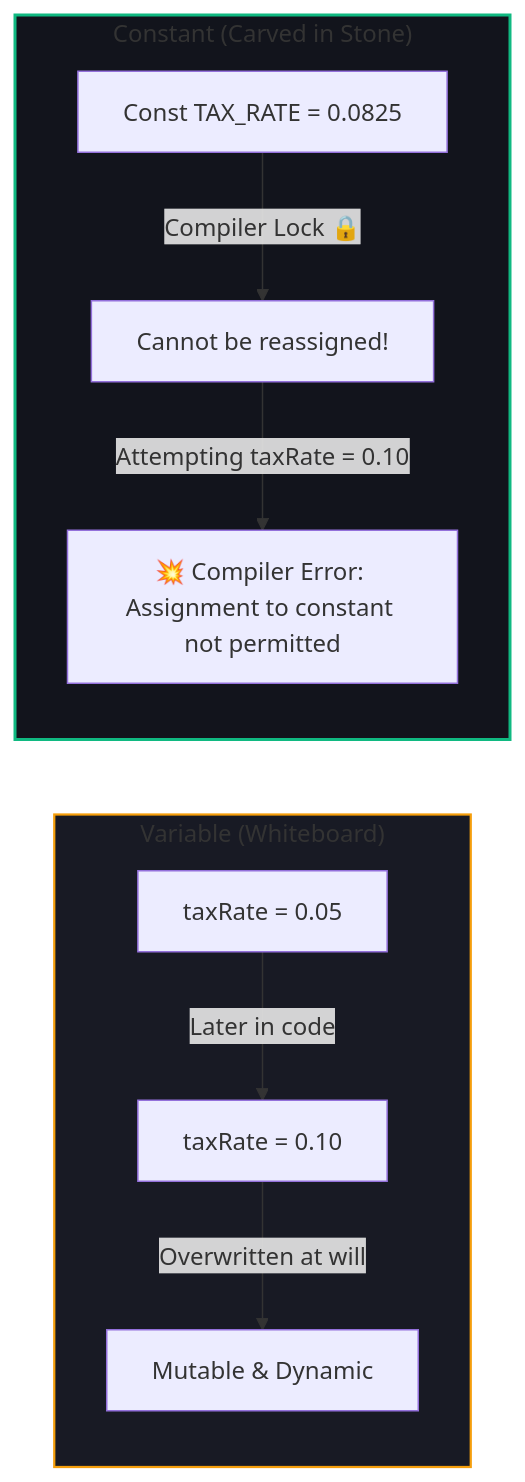
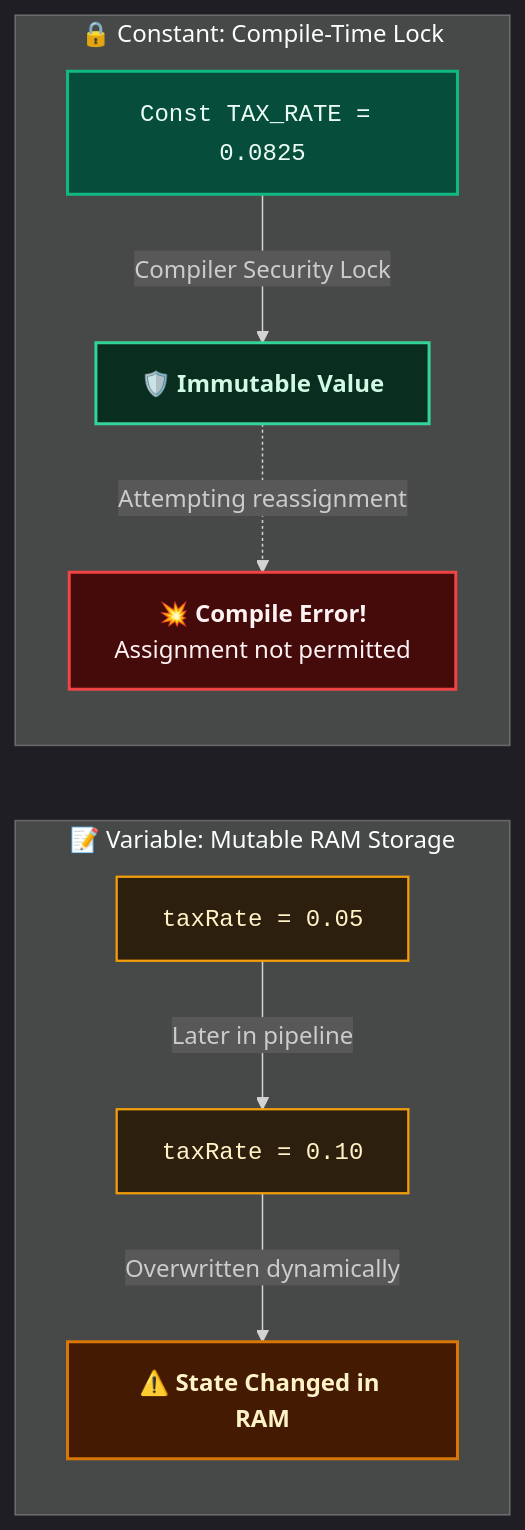
The diagram in 02 - VBA Fundamentals/Variables & Data Types/Constants.md (Sohila-Khaled-Abbas/Excel-VBA-Second-Brain), drawn with Mermaid before and after one commit. The commit also changed other lines of this file and 23 other files, not shown here.

Commit message:
feat: modernize vault diagrams with dark-theme Excel mockup UI, responsive card grids, and high-contrast Mermaid themes

````diff
--- a/02 - VBA Fundamentals/Variables & Data Types/Constants.md
+++ b/02 - VBA Fundamentals/Variables & Data Types/Constants.md
@@ -33,15 +67,19 @@
 ```mermaid
+%%{init: {'theme': 'dark', 'themeVariables': { 'darkMode': true, 'fontFamily': 'Inter, sans-serif' }}}%%
 flowchart LR
-    subgraph VarModel["Variable (Whiteboard)"]
-        V1["taxRate = 0.05"] -->|Later in code| V2["taxRate = 0.10"]
-        V2 -->|Overwritten at will| V3["Mutable & Dynamic"]
+    subgraph VarModel["📝 Variable: Mutable RAM Storage"]
+        V1["<code>taxRate = 0.05</code>"]:::amberNode -->|Later in pipeline| V2["<code>taxRate = 0.10</code>"]:::amberNode
+        V2 -->|Overwritten dynamically| V3["⚠️ <b>State Changed in RAM</b>"]:::warningNode
     end
 
-    subgraph ConstModel["Constant (Carved in Stone)"]
-        C1["Const TAX_RATE = 0.0825"] -->|Compiler Lock 🔒| C2["Cannot be reassigned!"]
-        C2 -->|Attempting taxRate = 0.10| C3["💥 Compiler Error: Assignment to constant not permitted"]
+    subgraph ConstModel["🔒 Constant: Compile-Time Lock"]
+        C1["<code>Const TAX_RATE = 0.0825</code>"]:::greenNode -->|Compiler Security Lock| C2["🛡️ <b>Immutable Value</b>"]:::safeNode
+        C2 -.->|Attempting reassignment| C3["💥 <b>Compile Error!</b><br/>Assignment not permitted"]:::dangerNode
     end
 
-    style VarModel fill:#181a24,stroke:#f59e0b,stroke-width:1.5px
-    style ConstModel fill:#12141c,stroke:#10b981,stroke-width:2px
+    classDef amberNode fill:#2d1f0d,stroke:#f59e0b,stroke-width:1.5px,color:#fef3c7;
+    classDef warningNode fill:#451a03,stroke:#d97706,stroke-width:2px,color:#fef3c7;
+    classDef greenNode fill:#064e3b,stroke:#10b981,stroke-width:2px,color:#ecfdf5;
+    classDef safeNode fill:#092e20,stroke:#34d399,stroke-width:2px,color:#d1fae5;
+    classDef dangerNode fill:#450a0a,stroke:#ef4444,stroke-width:2px,color:#fef2f2;
 ```
````
